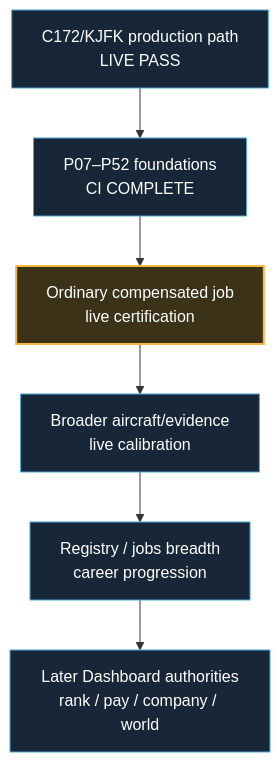
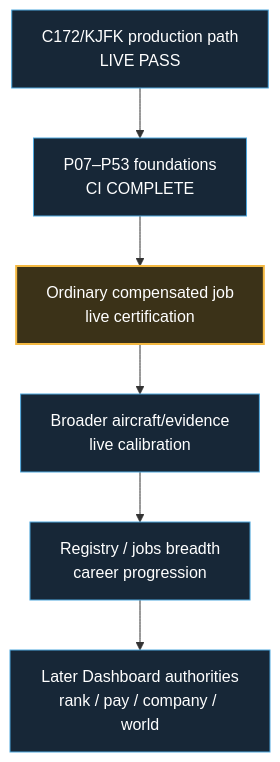
One commit to dhavalpddn-eng/OpenCareer changed the second of 2 diagrams in docs/development-master-checklist.md. Above: the diagram before and after it, drawn with Mermaid. The commit also changed other lines of this file and 2 other files, not shown here.

````diff
--- a/docs/development-master-checklist.md
+++ b/docs/development-master-checklist.md
@@ -54,13 +54,13 @@
 ```mermaid
 flowchart TD
-    A["C172/KJFK production path<br/>LIVE PASS"] --> B["P07–P52 foundations<br/>CI COMPLETE"]
+    A["C172/KJFK production path<br/>LIVE PASS"] --> B["P07–P53 foundations<br/>CI COMPLETE"]
     B --> C["Ordinary compensated job<br/>live certification"]
     C --> D["Broader aircraft/evidence<br/>live calibration"]
     D --> E["Registry / jobs breadth<br/>career progression"]
     E --> F["Later Dashboard authorities<br/>rank / pay / company / world"]
 
     classDef next fill:#3b3218,stroke:#F4B942,color:#fff,stroke-width:2px;
     classDef future fill:#172737,stroke:#4EA8DE,color:#fff,stroke-width:1px;
     class C next;
     class A,B,D,E,F future;
 ```
````
